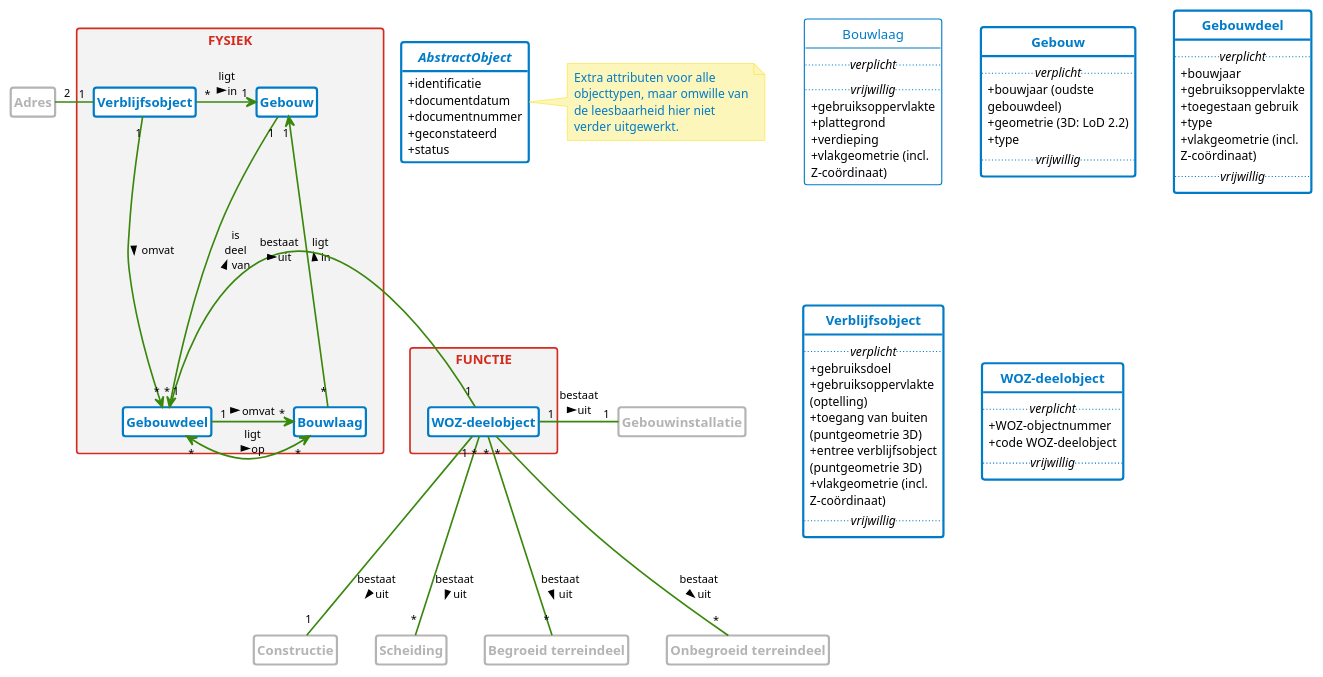
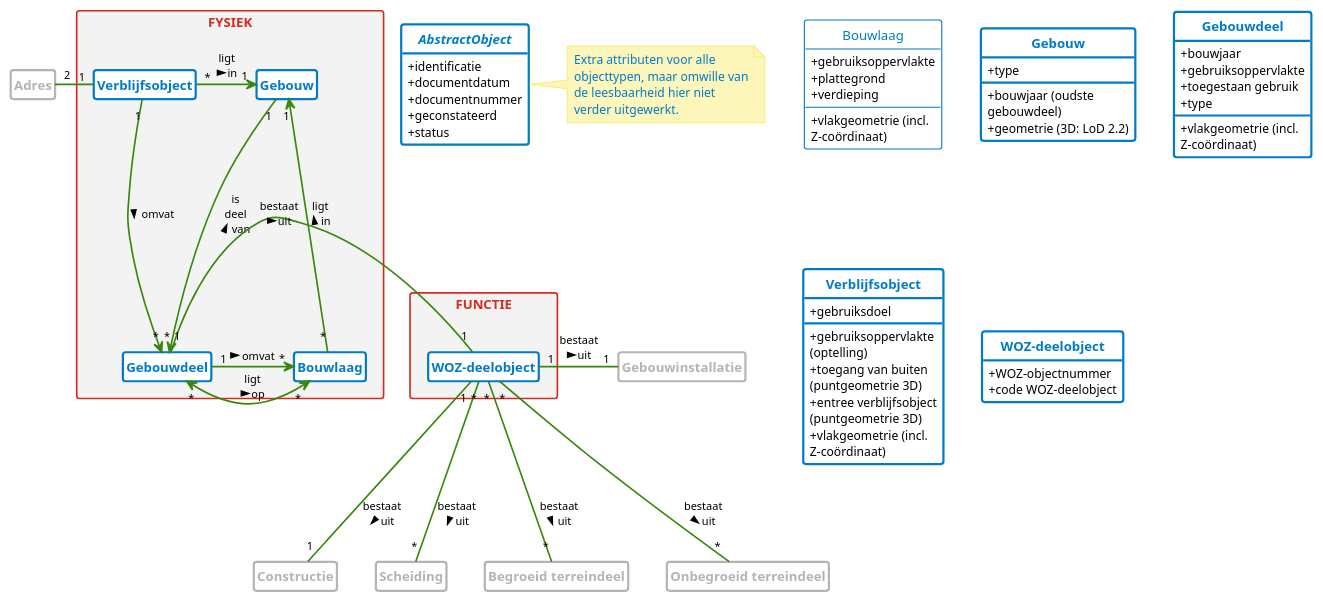
The diagram in model/waarderingskamer.puml (geobasisregistraties/werkgroep-bouwwerken), drawn with PlantUML before and after one commit.

```diff
--- a/model/waarderingskamer.puml
+++ b/model/waarderingskamer.puml
@@ -144,8 +144,8 @@
 }
 
 class Bouwlaag << Objecttype >> << vrijwillig >> {
-    ..//verplicht//..
-    ..//vrijwillig//..
+'     ..//verplicht//..
+'     ..//vrijwillig//..
     + gebruiksoppervlakte
     + plattegrond
     + verdieping
@@ -156,21 +156,21 @@
 }
 
 class Gebouw << Objecttype >> {
-    ..//verplicht//..
+'     ..//verplicht//..
     + bouwjaar (oudste gebouwdeel)
     + geometrie (3D: LoD 2.2)
     + type
-    ..//vrijwillig//..
+'     ..//vrijwillig//..
 }
 
 class Gebouwdeel << Objecttype >> {
-    ..//verplicht//..
+'     ..//verplicht//..
     + bouwjaar
     + gebruiksoppervlakte
     + toegestaan gebruik
     + type
     + vlakgeometrie (incl. Z-coördinaat)
-    ..//vrijwillig//..
+'     ..//vrijwillig//..
 }
 
 class Gebouwinstallatie << extern >> {
@@ -183,20 +183,20 @@
 }
 
 class Verblijfsobject << Objecttype >> {
-    ..//verplicht//..
+'     ..//verplicht//..
     + gebruiksdoel
     + gebruiksoppervlakte (optelling)
     + toegang van buiten (puntgeometrie 3D)
     + entree verblijfsobject (puntgeometrie 3D)
     + vlakgeometrie (incl. Z-coördinaat)
-    ..//vrijwillig//..
+'     ..//vrijwillig//..
 }
 
 class WOZ-deelobject << Objecttype >> {
-    ..//verplicht//..
+'     ..//verplicht//..
     + WOZ-objectnummer
     + code WOZ-deelobject
-    ..//vrijwillig//..
+'     ..//vrijwillig//..
 }
 
 @enduml
```
